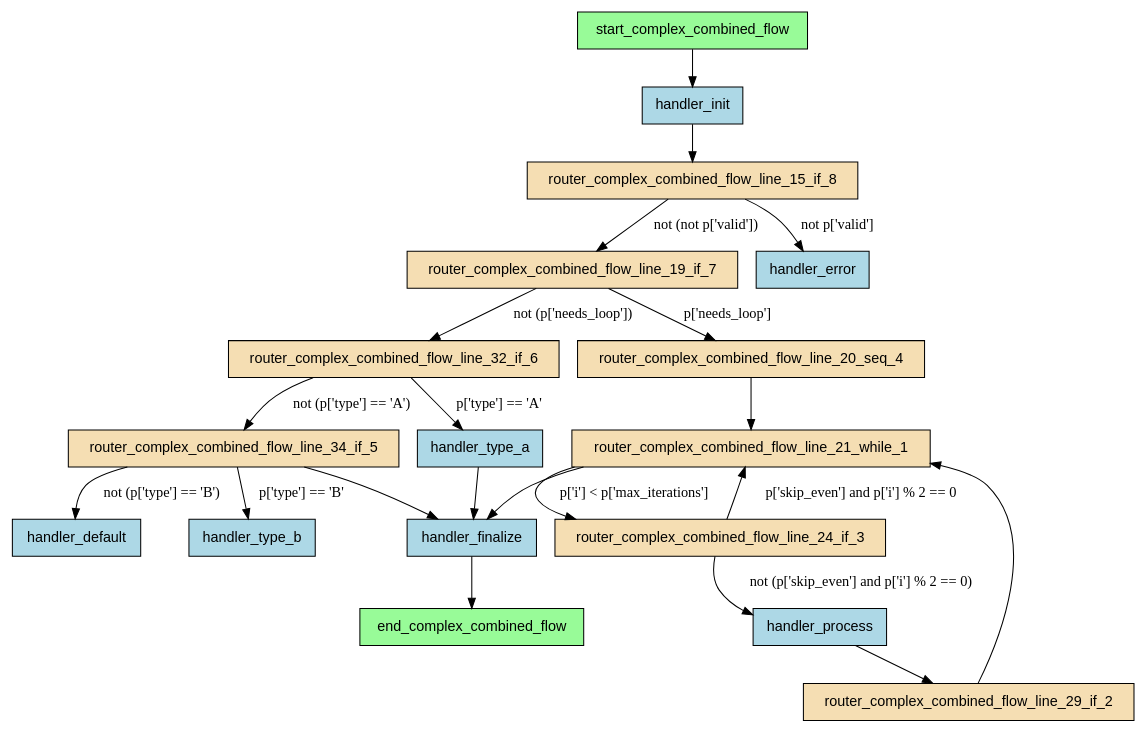
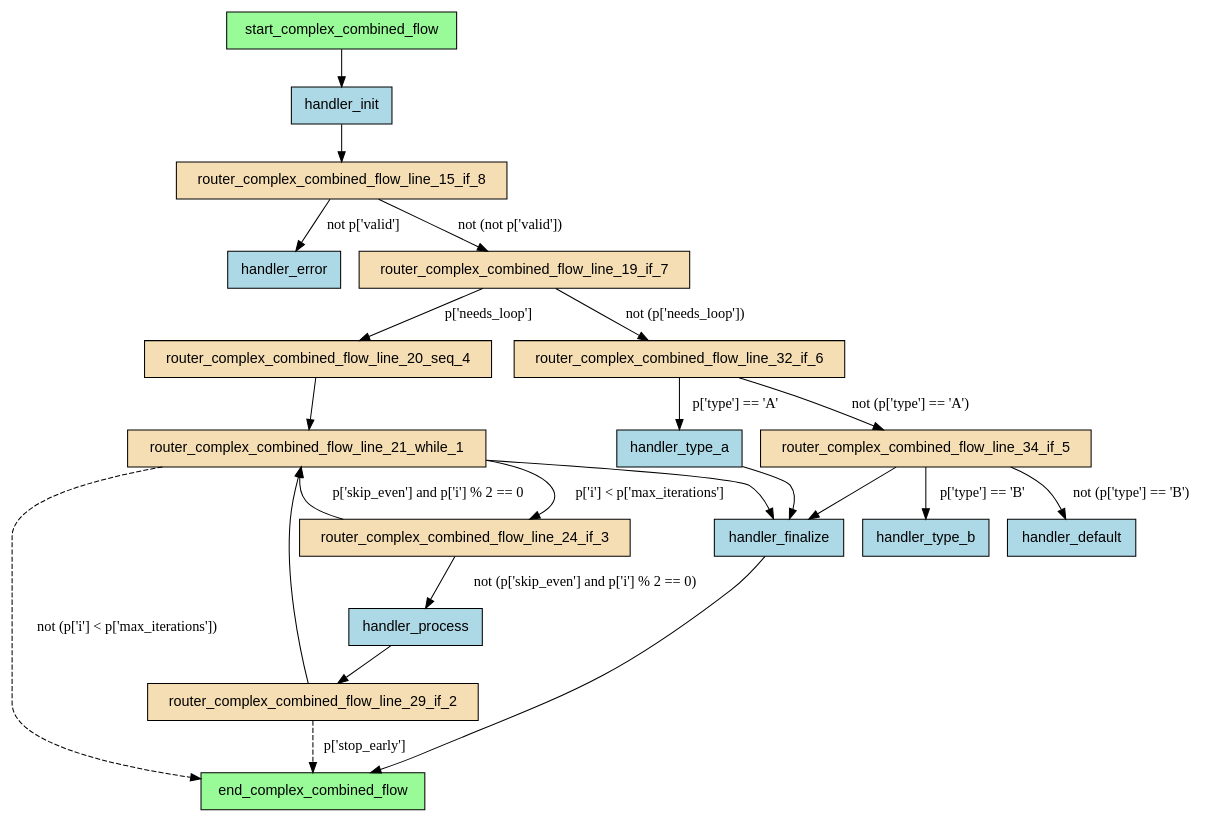
One commit to deliveryhero/asya changed the diagram in examples/flows/compiled/complex_combined/flow.dot. Above: the diagram before and after it, drawn with Graphviz. The commit also changed 183 other files, not shown here.

```diff
--- a/examples/flows/compiled/complex_combined/flow.dot
+++ b/examples/flows/compiled/complex_combined/flow.dot
@@ -1,43 +1,45 @@
-digraph "complex_combined" {
+digraph "complex_combined_flow" {
     rankdir=TB;
     node [shape=box, style=filled, fontname="Helvetica"];
 
     end_complex_combined_flow [label="end_complex_combined_flow", fillcolor=palegreen];
     handler_default [label="handler_default", fillcolor=lightblue];
     handler_error [label="handler_error", fillcolor=lightblue];
     handler_finalize [label="handler_finalize", fillcolor=lightblue];
     handler_init [label="handler_init", fillcolor=lightblue];
     handler_process [label="handler_process", fillcolor=lightblue];
     handler_type_a [label="handler_type_a", fillcolor=lightblue];
     handler_type_b [label="handler_type_b", fillcolor=lightblue];
     router_complex_combined_flow_line_15_if_8 [label="router_complex_combined_flow_line_15_if_8", fillcolor=wheat];
     router_complex_combined_flow_line_19_if_7 [label="router_complex_combined_flow_line_19_if_7", fillcolor=wheat];
     router_complex_combined_flow_line_20_seq_4 [label="router_complex_combined_flow_line_20_seq_4", fillcolor=wheat];
     router_complex_combined_flow_line_21_while_1 [label="router_complex_combined_flow_line_21_while_1", fillcolor=wheat];
     router_complex_combined_flow_line_24_if_3 [label="router_complex_combined_flow_line_24_if_3", fillcolor=wheat];
     router_complex_combined_flow_line_29_if_2 [label="router_complex_combined_flow_line_29_if_2", fillcolor=wheat];
     router_complex_combined_flow_line_32_if_6 [label="router_complex_combined_flow_line_32_if_6", fillcolor=wheat];
     router_complex_combined_flow_line_34_if_5 [label="router_complex_combined_flow_line_34_if_5", fillcolor=wheat];
     start_complex_combined_flow [label="start_complex_combined_flow", fillcolor=palegreen];
 
     start_complex_combined_flow -> handler_init;
     handler_init -> router_complex_combined_flow_line_15_if_8;
+    router_complex_combined_flow_line_29_if_2 -> end_complex_combined_flow [label="p['stop_early']", style=dashed];
     router_complex_combined_flow_line_24_if_3 -> router_complex_combined_flow_line_21_while_1 [label="p['skip_even'] and p['i'] % 2 == 0"];
     router_complex_combined_flow_line_24_if_3 -> handler_process [label="not (p['skip_even'] and p['i'] % 2 == 0)"];
     handler_process -> router_complex_combined_flow_line_29_if_2;
     router_complex_combined_flow_line_21_while_1 -> router_complex_combined_flow_line_24_if_3 [label="p['i'] < p['max_iterations']"];
+    router_complex_combined_flow_line_21_while_1 -> end_complex_combined_flow [label="not (p['i'] < p['max_iterations'])", style=dashed];
     router_complex_combined_flow_line_20_seq_4 -> router_complex_combined_flow_line_21_while_1;
     router_complex_combined_flow_line_34_if_5 -> handler_type_b [label="p['type'] == 'B'"];
     router_complex_combined_flow_line_34_if_5 -> handler_default [label="not (p['type'] == 'B')"];
     router_complex_combined_flow_line_32_if_6 -> handler_type_a [label="p['type'] == 'A'"];
     router_complex_combined_flow_line_32_if_6 -> router_complex_combined_flow_line_34_if_5 [label="not (p['type'] == 'A')"];
     router_complex_combined_flow_line_19_if_7 -> router_complex_combined_flow_line_20_seq_4 [label="p['needs_loop']"];
     router_complex_combined_flow_line_19_if_7 -> router_complex_combined_flow_line_32_if_6 [label="not (p['needs_loop'])"];
     router_complex_combined_flow_line_15_if_8 -> router_complex_combined_flow_line_19_if_7 [label="not (not p['valid'])"];
     router_complex_combined_flow_line_15_if_8 -> handler_error [label="not p['valid']"];
     router_complex_combined_flow_line_29_if_2 -> router_complex_combined_flow_line_21_while_1;
     router_complex_combined_flow_line_21_while_1 -> handler_finalize;
     handler_type_a -> handler_finalize;
     router_complex_combined_flow_line_34_if_5 -> handler_finalize;
     handler_finalize -> end_complex_combined_flow;
 }
```
